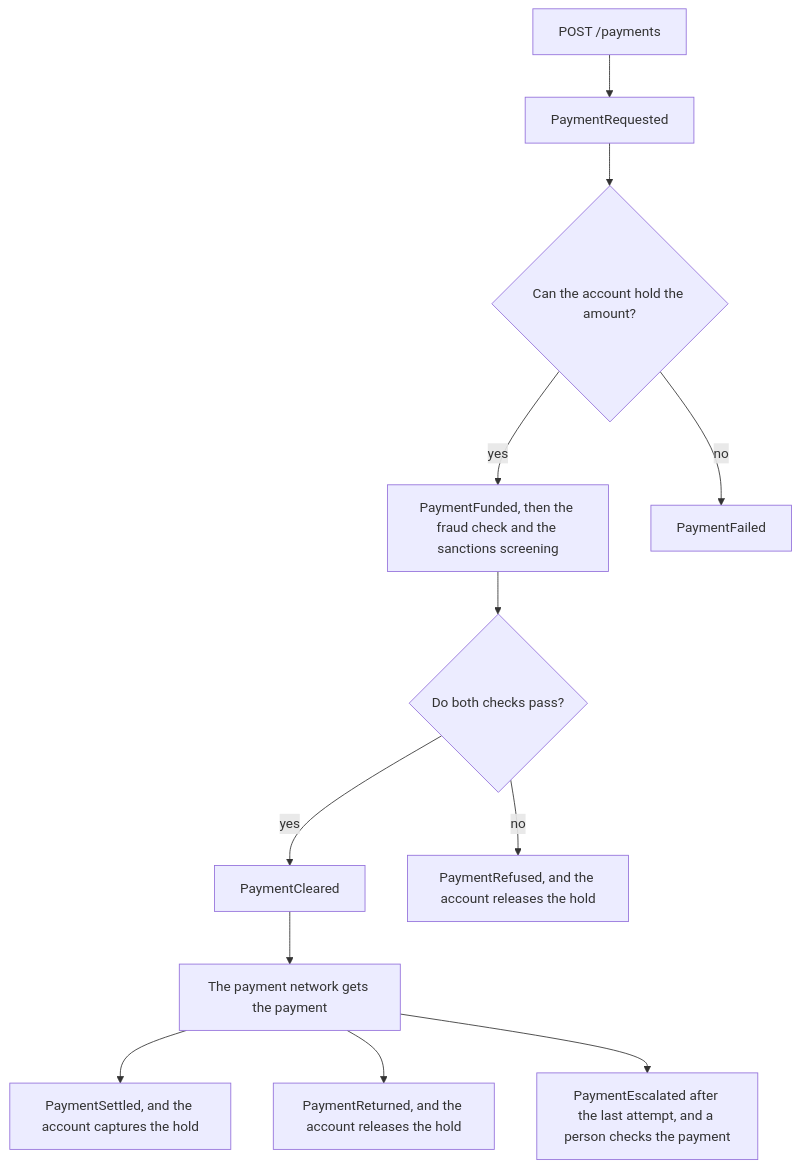
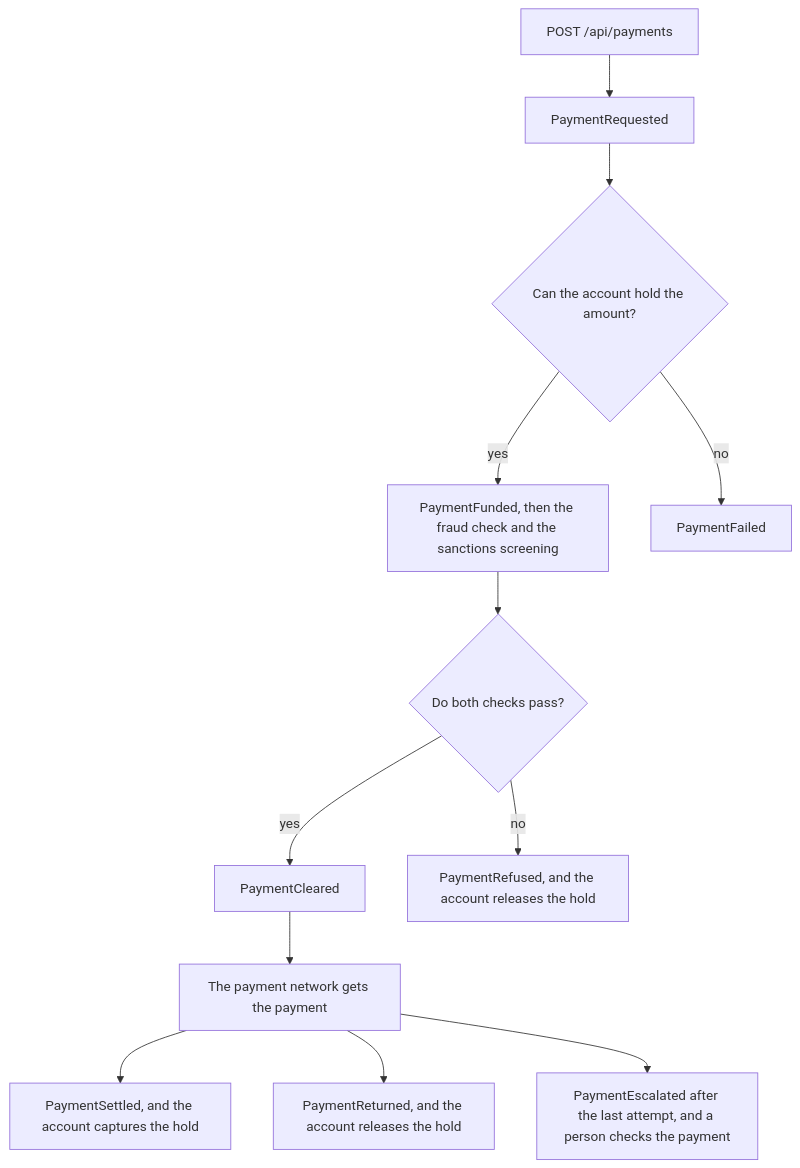
The first of 4 diagrams in templates/go-event-sourcing-service/{{ .ProjectKebab }}/docs/process-manager-example.md (hpcsc/repo-templates), drawn with Mermaid before and after one commit. The commit also changed other lines of this file and 6 other files, not shown here.

````diff
--- a/templates/go-event-sourcing-service/{{ .ProjectKebab }}/docs/process-manager-example.md
+++ b/templates/go-event-sourcing-service/{{ .ProjectKebab }}/docs/process-manager-example.md
@@ -17,14 +17,14 @@
 ```mermaid
 flowchart TD
-    request["POST /payments"] --> requested["PaymentRequested"]
+    request["POST /api/payments"] --> requested["PaymentRequested"]
     requested --> hold{"Can the account hold the amount?"}
     hold -->|"yes"| funded["PaymentFunded, then the fraud check and the sanctions screening"]
     hold -->|"no"| failed["PaymentFailed"]
     funded --> checks{"Do both checks pass?"}
     checks -->|"yes"| cleared["PaymentCleared"]
     checks -->|"no"| refused["PaymentRefused, and the account releases the hold"]
     cleared --> network["The payment network gets the payment"]
     network --> settled["PaymentSettled, and the account captures the hold"]
     network --> returned["PaymentReturned, and the account releases the hold"]
     network --> escalated["PaymentEscalated after the last attempt, and a person checks the payment"]
 ```
````
